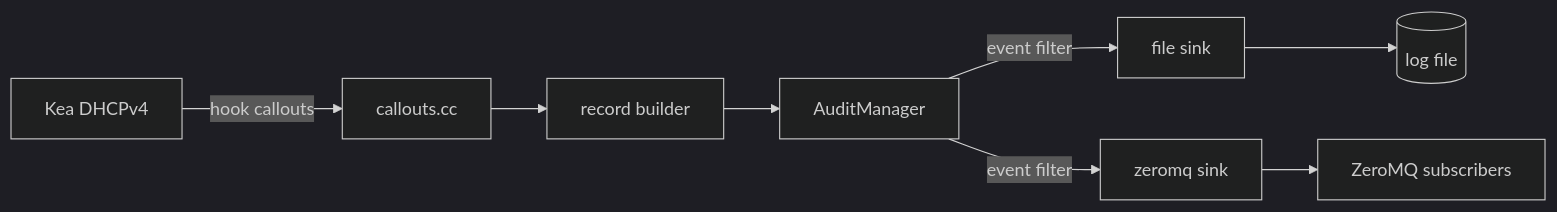
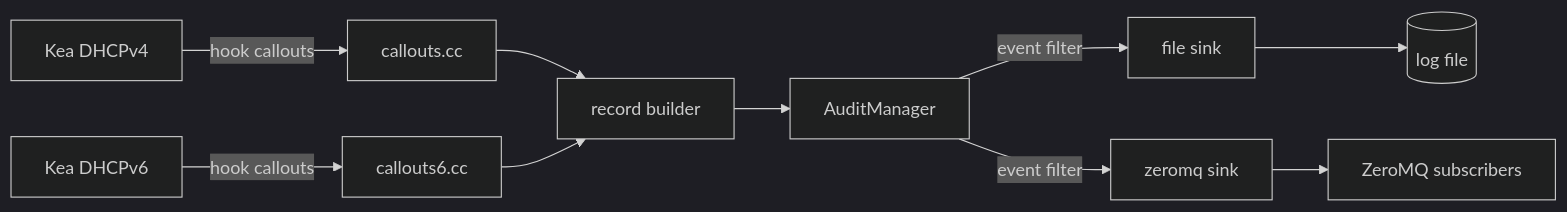
The diagram in README.md (solvationab/KeaLogHook), drawn with Mermaid (dark theme) before and after one commit. The commit also changed other lines of this file and 12 other files, not shown here.

Commit message:
Add DHCPv6 support with new callouts, record builder, and configuration examples

````diff
--- a/README.md
+++ b/README.md
@@ -33,10 +33,12 @@
 ```mermaid
 flowchart LR
     K[Kea DHCPv4] -->|hook callouts| C[callouts.cc]
+    K6[Kea DHCPv6] -->|hook callouts| C6[callouts6.cc]
     C --> B[record builder]
+    C6 --> B
     B --> M[AuditManager]
     M -->|event filter| S1[file sink]
     M -->|event filter| S2[zeromq sink]
     S1 --> F[(log file)]
     S2 --> Z[ZeroMQ subscribers]
 ```
````
